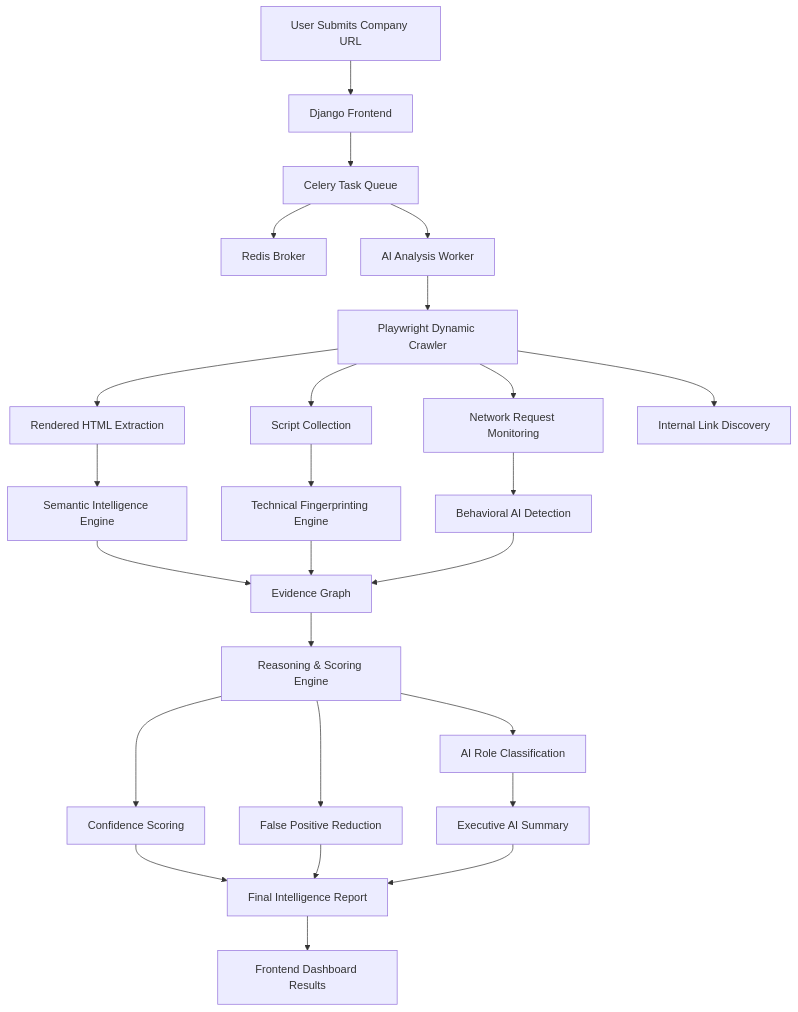
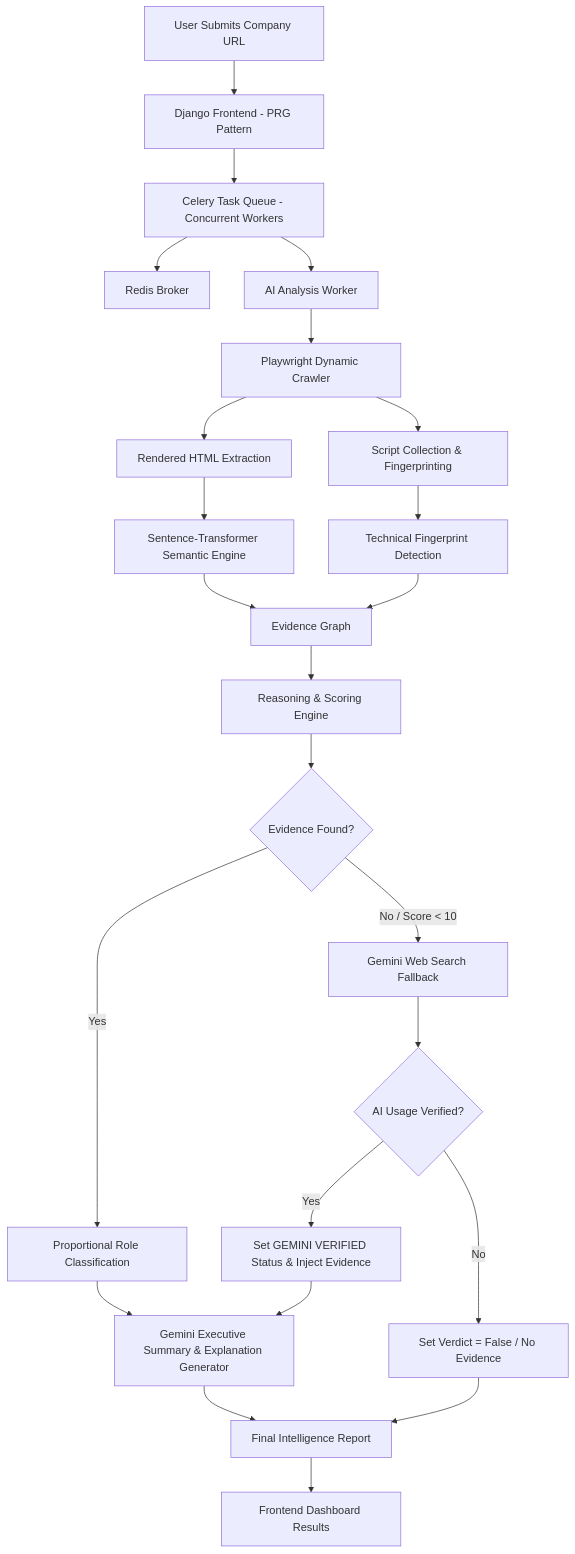
Before and after one commit to adityalawand7/ai-usage-detection: the first of 3 diagrams in README.md, drawn with Mermaid. The commit also changed other lines of this file and 10 other files, not shown here.

Commit message:
Implement Gemini search fallback, accurate role reasoning, POST/Redirect/Get pattern, and concurrent workers

````diff
--- a/README.md
+++ b/README.md
@@ -130,41 +136,34 @@
 ```mermaid
 flowchart TD
-
-    A[User Submits Company URL]
-    --> B[Django Frontend]
-
-    B --> C[Celery Task Queue]
-
+    A[User Submits Company URL] --> B[Django Frontend - PRG Pattern]
+    B --> C[Celery Task Queue - Concurrent Workers]
     C --> D[Redis Broker]
-
     C --> E[AI Analysis Worker]
-
     E --> F[Playwright Dynamic Crawler]
-
+    
     F --> G[Rendered HTML Extraction]
-    F --> H[Script Collection]
-    F --> I[Network Request Monitoring]
-    F --> J[Internal Link Discovery]
-
-    G --> K[Semantic Intelligence Engine]
-    H --> L[Technical Fingerprinting Engine]
-    I --> M[Behavioral AI Detection]
-
-    K --> N[Evidence Graph]
-    L --> N
-    M --> N
-
-    N --> O[Reasoning & Scoring Engine]
-
-    O --> P[AI Role Classification]
-    O --> Q[Confidence Scoring]
-    O --> R[False Positive Reduction]
-
-    P --> S[Executive AI Summary]
-
-    Q --> T[Final Intelligence Report]
+    F --> H[Script Collection & Fingerprinting]
+    
+    G --> I[Sentence-Transformer Semantic Engine]
+    H --> J[Technical Fingerprint Detection]
+    
+    I --> K[Evidence Graph]
+    J --> K
+    
+    K --> L[Reasoning & Scoring Engine]
+    
+    L --> M{Evidence Found?}
+    M -- Yes --> N[Proportional Role Classification]
+    M -- No / Score < 10 --> O[Gemini Web Search Fallback]
+    
+    O --> P{AI Usage Verified?}
+    P -- Yes --> Q[Set GEMINI VERIFIED Status & Inject Evidence]
+    P -- No --> R[Set Verdict = False / No Evidence]
+    
+    N --> S[Gemini Executive Summary & Explanation Generator]
+    Q --> S
+    
+    S --> T[Final Intelligence Report]
     R --> T
-    S --> T
-
     T --> U[Frontend Dashboard Results]
 ```
````
